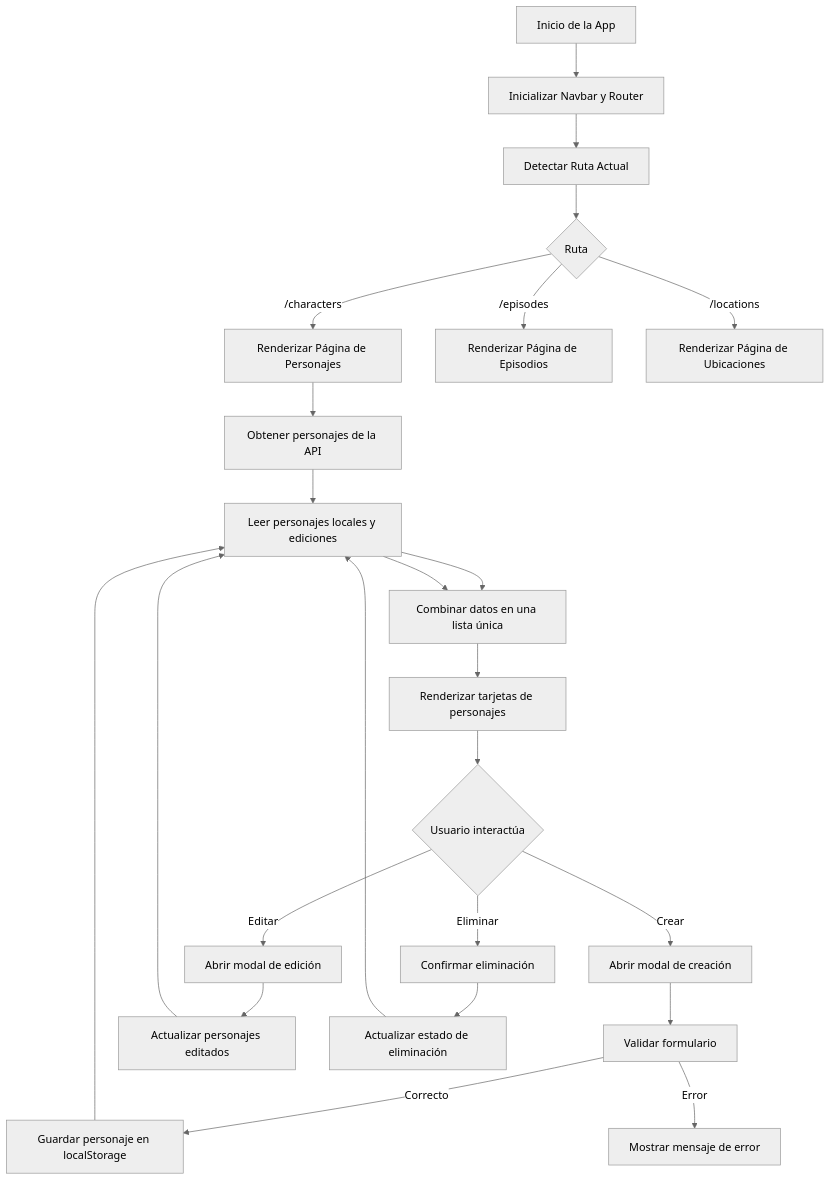
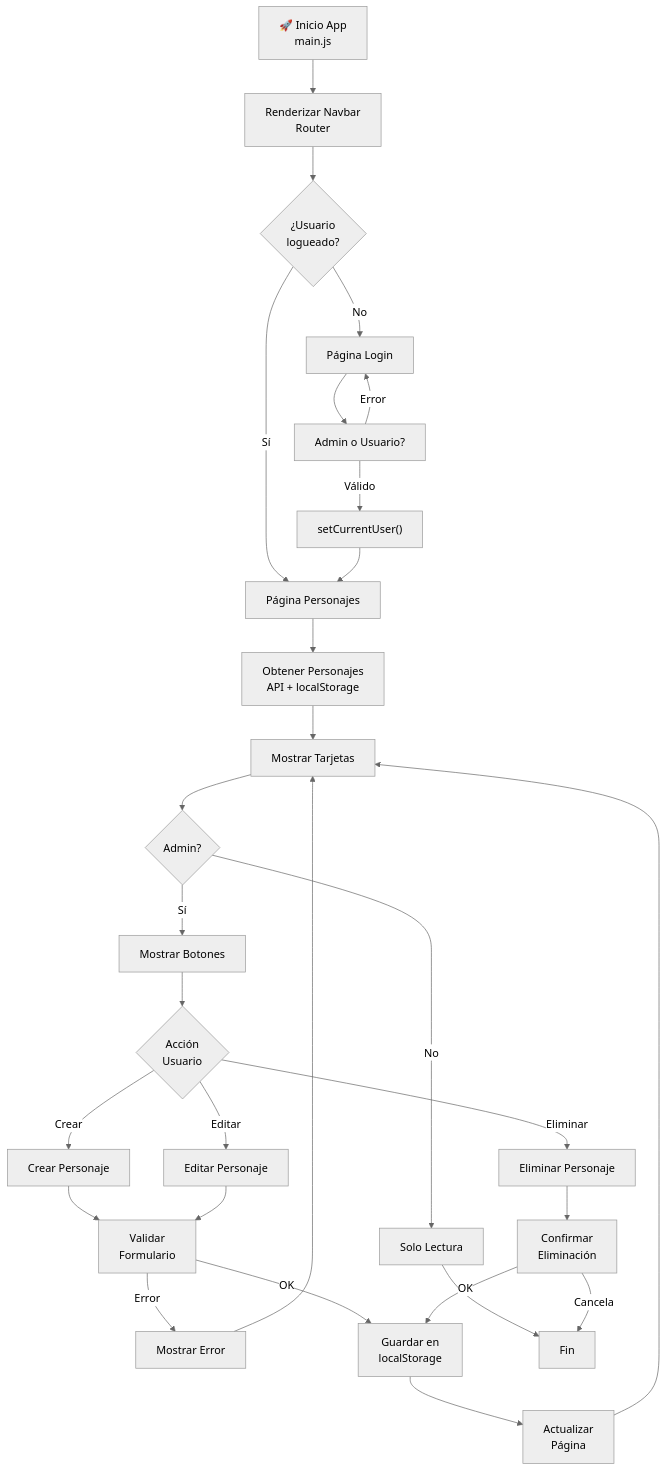
One commit to loboalfa2016/proyecto-crud changed the diagram in IMPLEMENTACION.md. Above: the diagram before and after it, drawn with Mermaid (neutral theme). The commit also changed 1 other file, not shown here.

````diff
--- a/IMPLEMENTACION.md
+++ b/IMPLEMENTACION.md
@@ -203,30 +204,39 @@
 ```mermaid
 flowchart TD
-  A[Inicio de la App] --> B[Inicializar Navbar y Router]
-  B --> C[Detectar Ruta Actual]
-  C --> D{Ruta}
-  D -->|/characters| E[Renderizar Página de Personajes]
-  D -->|/episodes| F[Renderizar Página de Episodios]
-  D -->|/locations| G[Renderizar Página de Ubicaciones]
-
-  E --> H[Obtener personajes de la API]
-  H --> I[Leer personajes locales y ediciones]
-  I --> J[Combinar datos en una lista única]
-  J --> K[Renderizar tarjetas de personajes]
-  K --> L{Usuario interactúa}
-
-  L -->|Crear| M[Abrir modal de creación]
-  L -->|Editar| N[Abrir modal de edición]
-  L -->|Eliminar| O[Confirmar eliminación]
-
-  M --> P[Validar formulario]
-  P -->|Correcto| Q[Guardar personaje en localStorage]
-  P -->|Error| R[Mostrar mensaje de error]
-
-  N --> S[Actualizar personajes editados]
-  O --> T[Actualizar estado de eliminación]
-  Q --> I
+  A["🚀 Inicio App<br/>main.js"] --> B["Renderizar Navbar<br/>Router"]
+  B --> C{¿Usuario<br/>logueado?}
+  
+  C -->|No| D["Página Login"]
+  C -->|Sí| E["Página Personajes"]
+  
+  D --> F["Admin o Usuario?"]
+  F -->|Válido| G["setCurrentUser()"]
+  F -->|Error| D
+  G --> E
+  
+  E --> H["Obtener Personajes<br/>API + localStorage"]
+  H --> I["Mostrar Tarjetas"]
+  
+  I --> J{Admin?}
+  J -->|No| K["Solo Lectura"]
+  J -->|Sí| L["Mostrar Botones"]
+  
+  L --> M{Acción<br/>Usuario}
+  M -->|Crear| N["Crear Personaje"]
+  M -->|Editar| O["Editar Personaje"]
+  M -->|Eliminar| P["Eliminar Personaje"]
+  
+  N --> Q["Validar<br/>Formulario"]
+  O --> Q
+  P --> R["Confirmar<br/>Eliminación"]
+  
+  Q -->|Error| S["Mostrar Error"]
+  Q -->|OK| T["Guardar en<br/>localStorage"]
+  R -->|OK| T
   S --> I
-  T --> I
-  I --> J
+  T --> U["Actualizar<br/>Página"]
+  U --> I
+  
+  K --> V["Fin"]
+  R -->|Cancela| V
 ```
````
